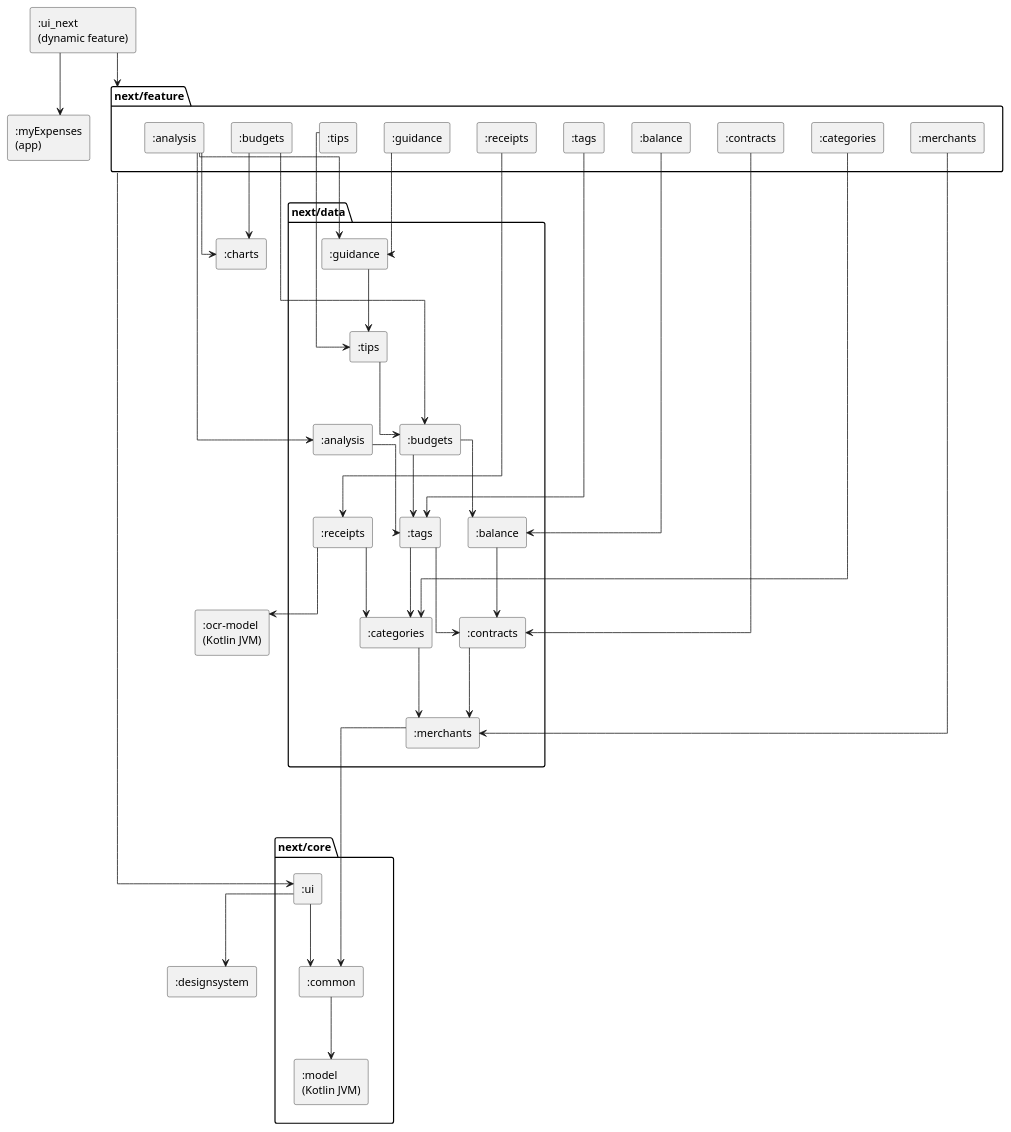
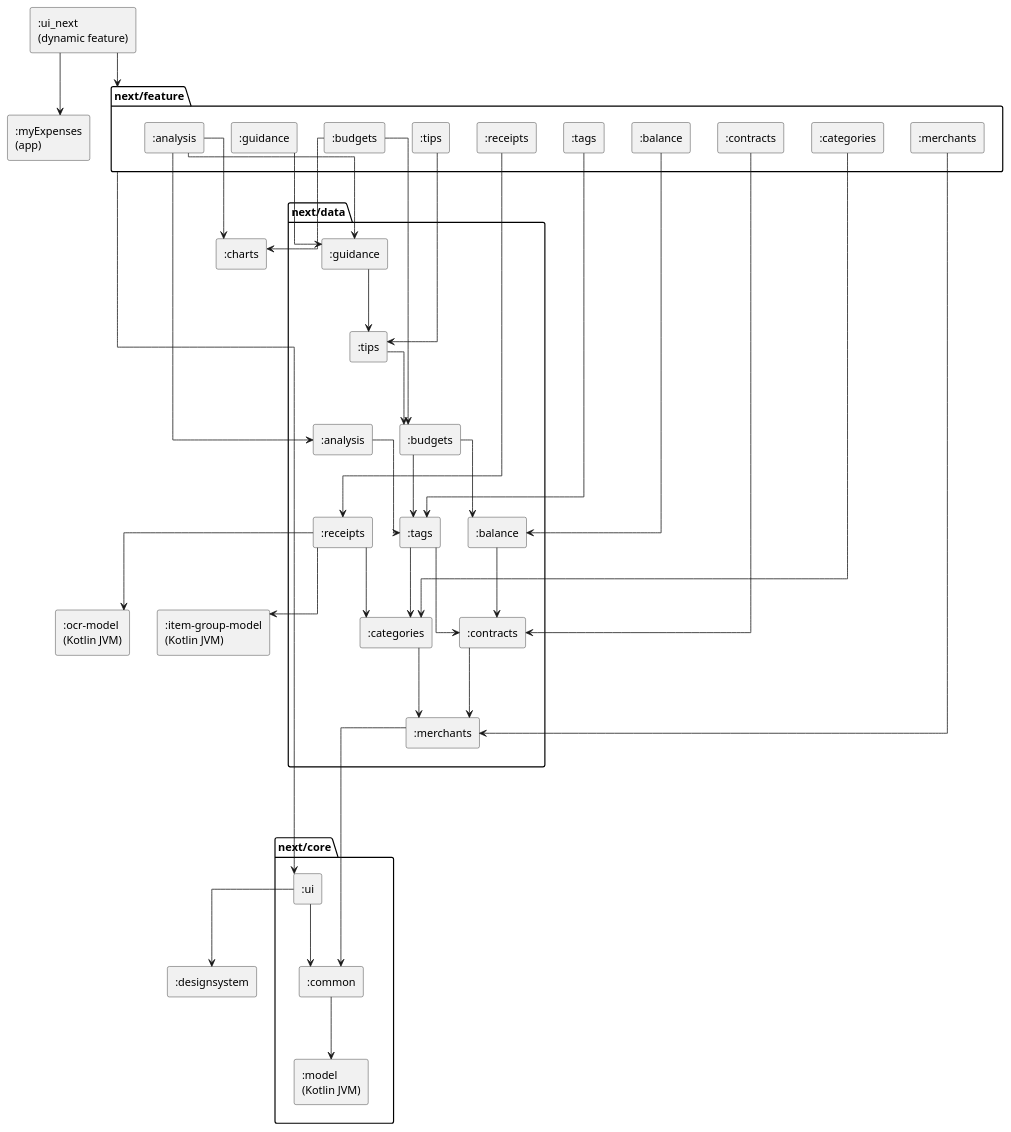
Before and after one commit to castn/MyExpenses: the diagram in ui_next/modules.puml, drawn with PlantUML. The commit also changed 13 other files, not shown here.

```diff
--- a/ui_next/modules.puml
+++ b/ui_next/modules.puml
@@ -1,85 +1,87 @@
 @startuml modules
 ' Generated by the task moduleGraph of build-logic (ModuleGraphPlugin), do not edit.
 ' Dependencies between the modules of the new UI, rule `mod-diagram` of ARCHITECTURE.md.
 ' An edge that follows from a longer path is left out.
 ' An edge from or to a package stands for an edge from or to every module in it.
 skinparam componentStyle rectangle
 skinparam linetype ortho
 skinparam ranksep 80
 top to bottom direction
 
 [:charts] as mCharts
 [:designsystem] as mDesignsystem
+[:item-group-model\n(Kotlin JVM)] as mItemGroupModel
 [:myExpenses\n(app)] as mMyExpenses
 [:ocr-model\n(Kotlin JVM)] as mOcrModel
 [:ui_next\n(dynamic feature)] as mUiNext
 
 package "next/core" as pNextCore {
     [:common] as mNextCoreCommon
     [:model\n(Kotlin JVM)] as mNextCoreModel
     [:ui] as mNextCoreUi
 }
 
 package "next/data" as pNextData {
     [:analysis] as mNextDataAnalysis
     [:balance] as mNextDataBalance
     [:budgets] as mNextDataBudgets
     [:categories] as mNextDataCategories
     [:contracts] as mNextDataContracts
     [:guidance] as mNextDataGuidance
     [:merchants] as mNextDataMerchants
     [:receipts] as mNextDataReceipts
     [:tags] as mNextDataTags
     [:tips] as mNextDataTips
 }
 
 package "next/feature" as pNextFeature {
     [:analysis] as mNextFeatureAnalysis
     [:balance] as mNextFeatureBalance
     [:budgets] as mNextFeatureBudgets
     [:categories] as mNextFeatureCategories
     [:contracts] as mNextFeatureContracts
     [:guidance] as mNextFeatureGuidance
     [:merchants] as mNextFeatureMerchants
     [:receipts] as mNextFeatureReceipts
     [:tags] as mNextFeatureTags
     [:tips] as mNextFeatureTips
 }
 
 ' Layout only
 mNextDataMerchants -[hidden]--> pNextCore
 mNextFeatureTips -[hidden]--> pNextData
 
 mUiNext --> pNextFeature
 pNextFeature --> mNextCoreUi
 mNextCoreCommon --> mNextCoreModel
 mNextCoreUi --> mDesignsystem
 mNextCoreUi --> mNextCoreCommon
 mNextDataAnalysis --> mNextDataTags
 mNextDataBalance --> mNextDataContracts
 mNextDataBudgets --> mNextDataBalance
 mNextDataBudgets --> mNextDataTags
 mNextDataCategories --> mNextDataMerchants
 mNextDataContracts --> mNextDataMerchants
 mNextDataGuidance --> mNextDataTips
 mNextDataMerchants --> mNextCoreCommon
+mNextDataReceipts --> mItemGroupModel
 mNextDataReceipts --> mNextDataCategories
 mNextDataReceipts --> mOcrModel
 mNextDataTags --> mNextDataCategories
 mNextDataTags --> mNextDataContracts
 mNextDataTips --> mNextDataBudgets
 mNextFeatureAnalysis --> mCharts
 mNextFeatureAnalysis --> mNextDataAnalysis
 mNextFeatureAnalysis --> mNextDataGuidance
 mNextFeatureBalance --> mNextDataBalance
 mNextFeatureBudgets --> mCharts
 mNextFeatureBudgets --> mNextDataBudgets
 mNextFeatureCategories --> mNextDataCategories
 mNextFeatureContracts --> mNextDataContracts
 mNextFeatureGuidance --> mNextDataGuidance
 mNextFeatureMerchants --> mNextDataMerchants
 mNextFeatureReceipts --> mNextDataReceipts
 mNextFeatureTags --> mNextDataTags
 mNextFeatureTips --> mNextDataTips
 mUiNext --> mMyExpenses
 @enduml
```
